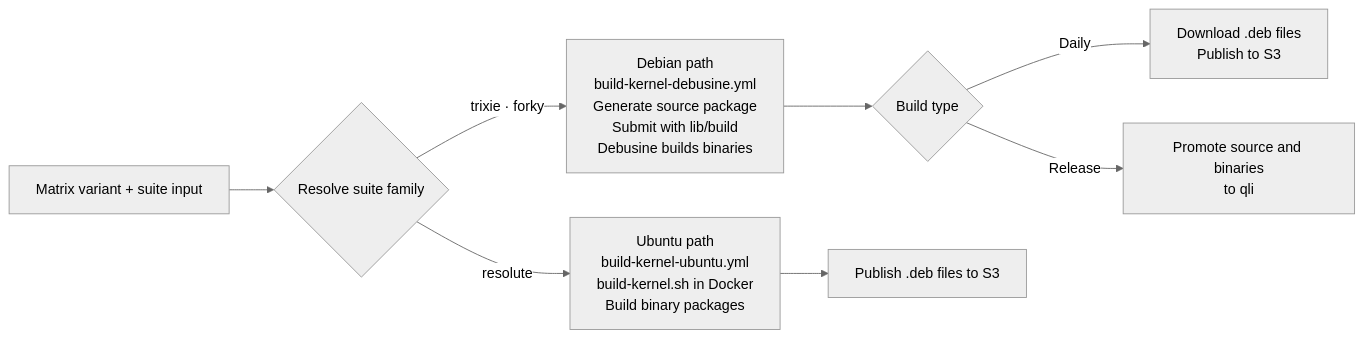
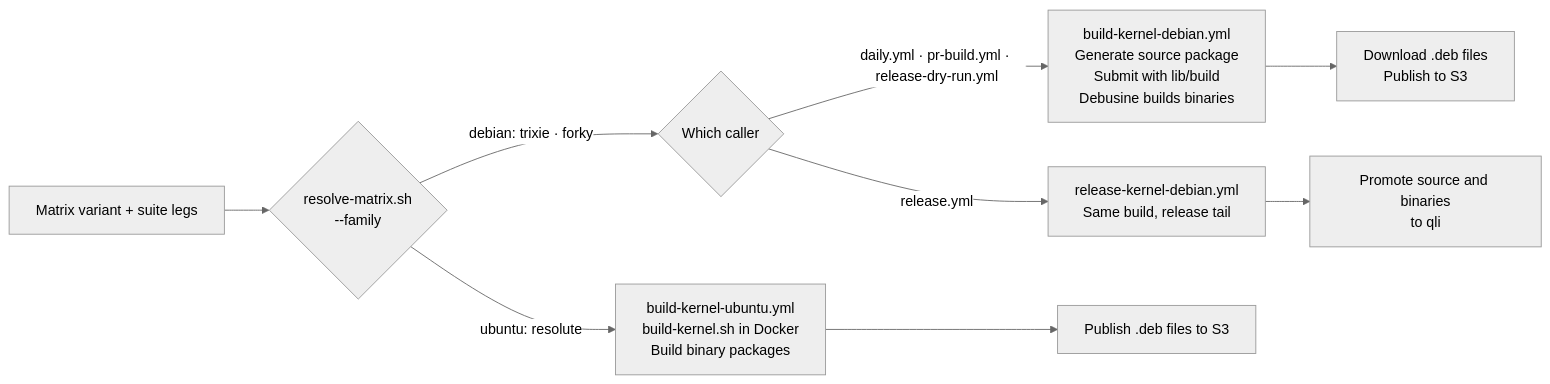
Before and after one commit to qualcomm-linux/pkg-linux-qcom: the first of 6 diagrams in README.md, drawn with Mermaid (neutral theme). The commit also changed other lines of this file and 12 other files, not shown here.

````diff
--- a/README.md
+++ b/README.md
@@ -269,12 +295,14 @@
 ```mermaid
 flowchart LR
-    IN["Matrix variant + suite input"] --> R{"Resolve suite family"}
+    IN["Matrix variant + suite legs"] --> R{"resolve-matrix.sh\n--family"}
 
-    R -->|"trixie · forky"| DEB["Debian path\nbuild-kernel-debusine.yml\nGenerate source package\nSubmit with lib/build\nDebusine builds binaries"]
-    R -->|"resolute"| UBU["Ubuntu path\nbuild-kernel-ubuntu.yml\nbuild-kernel.sh in Docker\nBuild binary packages"]
+    R -->|"debian: trixie · forky"| DT{"Which caller"}
+    R -->|"ubuntu: resolute"| UBU["build-kernel-ubuntu.yml\nbuild-kernel.sh in Docker\nBuild binary packages"]
 
-    DEB --> DOUT{"Build type"}
-    DOUT -->|Daily| S3["Download .deb files\nPublish to S3"]
-    DOUT -->|Release| QLI["Promote source and binaries\nto qli"]
+    DT -->|"daily.yml · pr-build.yml · release-dry-run.yml"| DEB["build-kernel-debian.yml\nGenerate source package\nSubmit with lib/build\nDebusine builds binaries"]
+    DT -->|"release.yml"| REL["release-kernel-debian.yml\nSame build, release tail"]
+
+    DEB --> S3["Download .deb files\nPublish to S3"]
+    REL --> QLI["Promote source and binaries\nto qli"]
     UBU --> US3["Publish .deb files to S3"]
 ```
````
